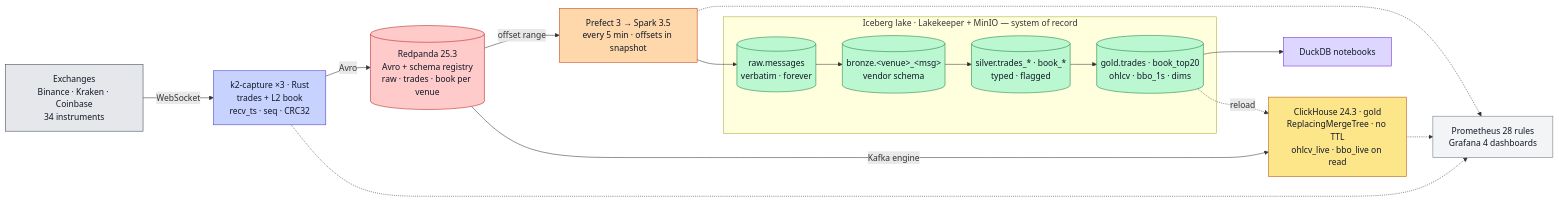
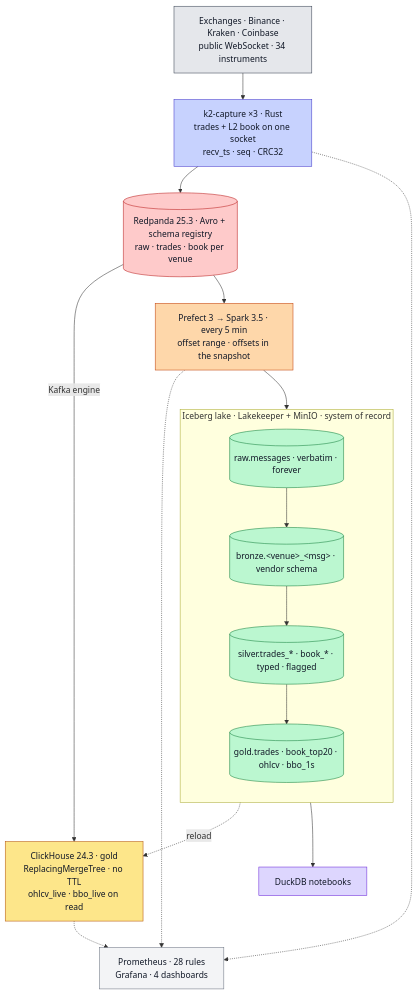
The diagram in README.md (rjdscott/k2-market-data-platform), drawn with Mermaid before and after one commit. The commit also changed 10 other files, not shown here.

First line of the commit message:
docs: retire v2-era content from live docs; top-to-bottom diagrams (#106)

````diff
--- a/README.md
+++ b/README.md
@@ -32,32 +32,34 @@
 ```mermaid
-flowchart LR
-  E["Exchanges<br/>Binance · Kraken · Coinbase<br/>34 instruments"]:::ex
-  F["k2-capture ×3 · Rust<br/>trades + L2 book<br/>recv_ts · seq · CRC32"]:::rs
-  R[("Redpanda 25.3<br/>Avro + schema registry<br/>raw · trades · book per venue")]:::rp
-  subgraph L["Iceberg lake · Lakekeeper + MinIO — system of record"]
-    RAW[("raw.messages<br/>verbatim · forever")]:::lk
-    BR[("bronze.&lt;venue&gt;_&lt;msg&gt;<br/>vendor schema")]:::lk
-    SV[("silver.trades_* · book_*<br/>typed · flagged")]:::lk
-    GD[("gold.trades · book_top20<br/>ohlcv · bbo_1s · dims")]:::lk
+flowchart TB
+  E["Exchanges · Binance · Kraken · Coinbase<br/>public WebSocket · 34 instruments"]:::ex
+  F["k2-capture ×3 · Rust<br/>trades + L2 book on one socket<br/>recv_ts · seq · CRC32"]:::rs
+  R[("Redpanda 25.3 · Avro + schema registry<br/>raw · trades · book per venue")]:::rp
+  C["ClickHouse 24.3 · gold<br/>ReplacingMergeTree · no TTL<br/>ohlcv_live · bbo_live on read"]:::ch
+  S["Prefect 3 → Spark 3.5 · every 5 min<br/>offset range · offsets in the snapshot"]:::sp
+  subgraph L["Iceberg lake · Lakekeeper + MinIO · system of record"]
+    direction TB
+    RAW[("raw.messages · verbatim · forever")]:::lk
+    BR[("bronze.&lt;venue&gt;_&lt;msg&gt; · vendor schema")]:::lk
+    SV[("silver.trades_* · book_* · typed · flagged")]:::lk
+    GD[("gold.trades · book_top20 · ohlcv · bbo_1s")]:::lk
+    RAW --> BR --> SV --> GD
   end
-  S["Prefect 3 → Spark 3.5<br/>every 5 min · offsets in snapshot"]:::sp
-  C["ClickHouse 24.3 · gold<br/>ReplacingMergeTree · no TTL<br/>ohlcv_live · bbo_live on read"]:::ch
   N["DuckDB notebooks"]:::nb
-  O["Prometheus 28 rules<br/>Grafana 4 dashboards"]:::ob
+  O["Prometheus · 28 rules<br/>Grafana · 4 dashboards"]:::ob
 
-  E -->|WebSocket| F -->|Avro| R
-  R -->|offset range| S --> RAW --> BR --> SV --> GD
+  E --> F --> R
   R -->|Kafka engine| C
+  R --> S --> RAW
   GD -.->|reload| C
   GD --> N
-  F & C & S -.-> O
+  F & S & C -.-> O
 
   classDef ex fill:#e5e7eb,stroke:#374151,color:#111827
   classDef rs fill:#c7d2fe,stroke:#4338ca,color:#111827
   classDef rp fill:#fecaca,stroke:#b91c1c,color:#111827
   classDef lk fill:#bbf7d0,stroke:#15803d,color:#111827
   classDef sp fill:#fed7aa,stroke:#c2410c,color:#111827
   classDef ch fill:#fde68a,stroke:#b45309,color:#111827
   classDef nb fill:#ddd6fe,stroke:#6d28d9,color:#111827
   classDef ob fill:#f3f4f6,stroke:#6b7280,color:#111827
 ```
````
